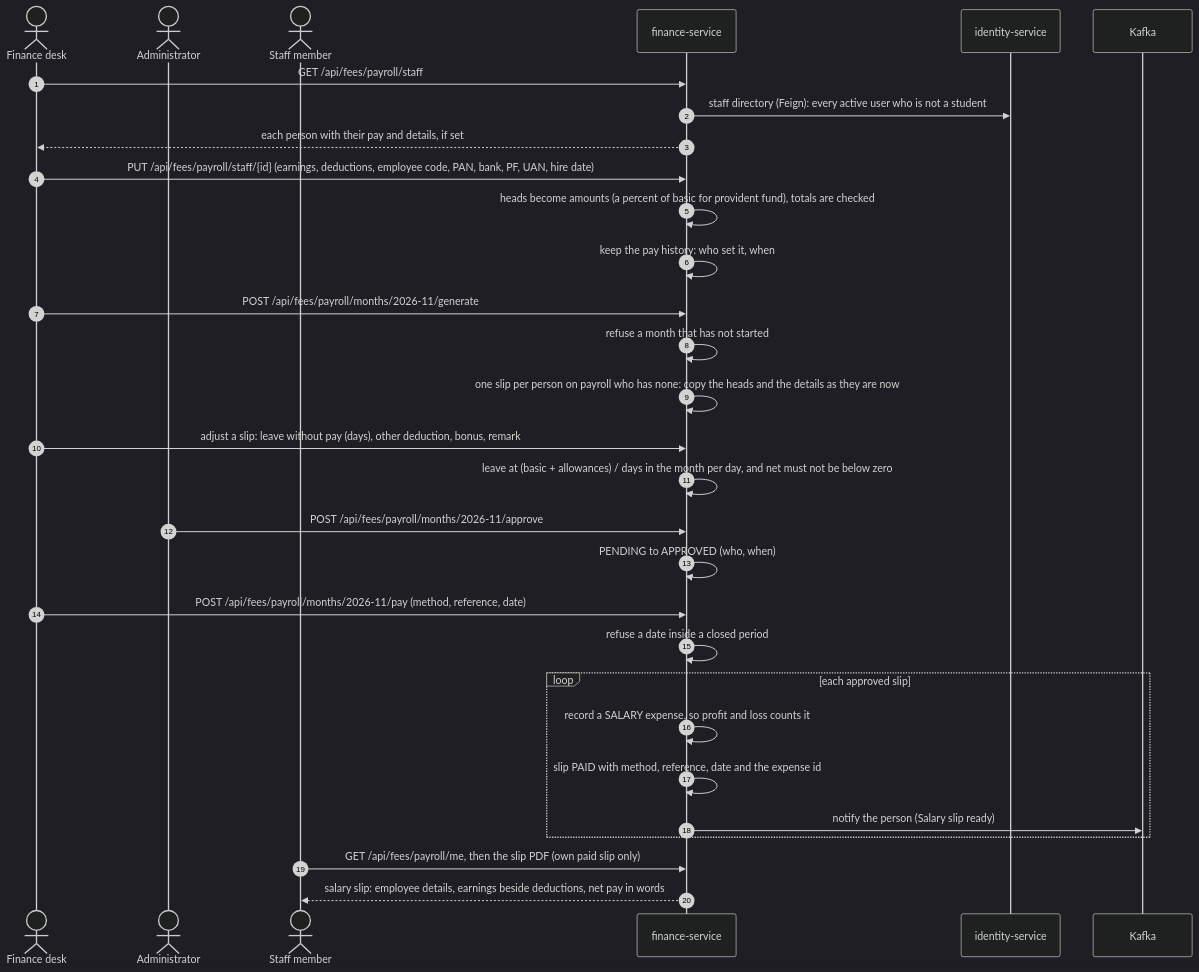
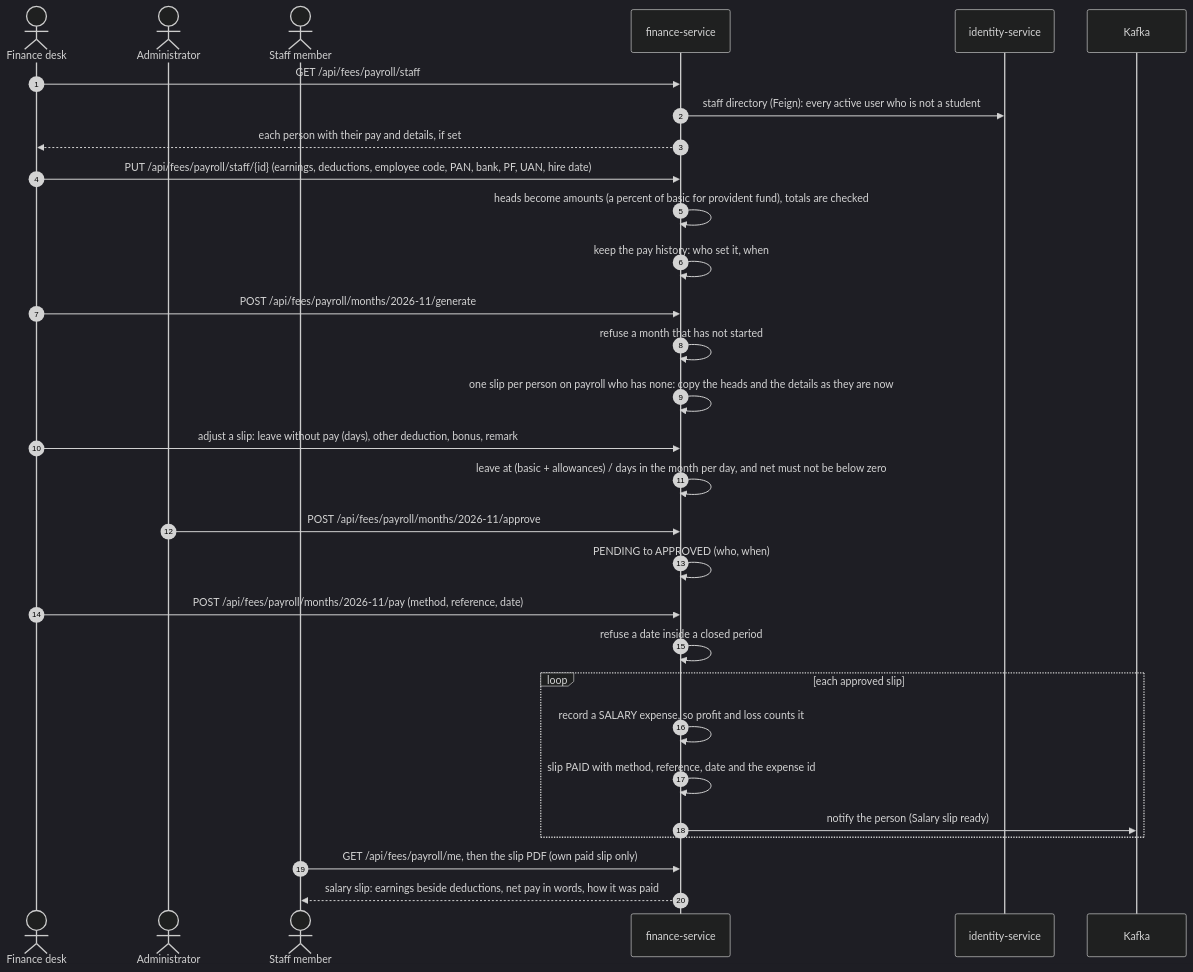
One commit to rohanrk2810/ITLMS changed the diagram in docs/diagrams/flows/46-payroll-month.mmd. Above: the diagram before and after it, drawn with Mermaid (dark theme). The commit also changed 5 other files, not shown here.

Commit message:
Salary slip: back to the plain layout (earnings beside deductions, net pay, how it was paid); the employee details stay stored

```diff
--- a/docs/diagrams/flows/46-payroll-month.mmd
+++ b/docs/diagrams/flows/46-payroll-month.mmd
@@ -1,35 +1,35 @@
 sequenceDiagram
     autonumber
     actor F as Finance desk
     actor A as Administrator
     actor E as Staff member
     participant FI as finance-service
     participant ID as identity-service
     participant K as Kafka
 
     F->>FI: GET /api/fees/payroll/staff
     FI->>ID: staff directory (Feign): every active user who is not a student
     FI-->>F: each person with their pay and details, if set
     F->>FI: PUT /api/fees/payroll/staff/{id} (earnings, deductions, employee code, PAN, bank, PF, UAN, hire date)
     FI->>FI: heads become amounts (a percent of basic for provident fund), totals are checked
     FI->>FI: keep the pay history: who set it, when
 
     F->>FI: POST /api/fees/payroll/months/2026-11/generate
     FI->>FI: refuse a month that has not started
     FI->>FI: one slip per person on payroll who has none: copy the heads and the details as they are now
     F->>FI: adjust a slip: leave without pay (days), other deduction, bonus, remark
     FI->>FI: leave at (basic + allowances) / days in the month per day, and net must not be below zero
 
     A->>FI: POST /api/fees/payroll/months/2026-11/approve
     FI->>FI: PENDING to APPROVED (who, when)
 
     F->>FI: POST /api/fees/payroll/months/2026-11/pay (method, reference, date)
     FI->>FI: refuse a date inside a closed period
     loop each approved slip
         FI->>FI: record a SALARY expense, so profit and loss counts it
         FI->>FI: slip PAID with method, reference, date and the expense id
         FI->>K: notify the person (Salary slip ready)
     end
 
     E->>FI: GET /api/fees/payroll/me, then the slip PDF (own paid slip only)
-    FI-->>E: salary slip: employee details, earnings beside deductions, net pay in words
+    FI-->>E: salary slip: earnings beside deductions, net pay in words, how it was paid
```
